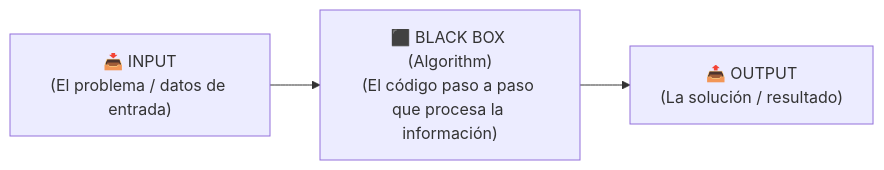
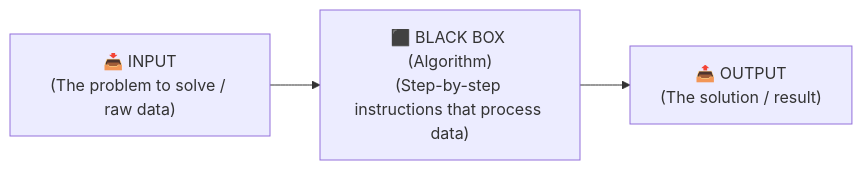
Before and after one commit to santiagoirala-777/CS50x-Course: the diagram in 00_Scratch/apuntes.md, drawn with Mermaid. The commit also changed other lines of this file and 1 other file, not shown here.

````diff
--- a/00_Scratch/apuntes.md
+++ b/00_Scratch/apuntes.md
@@ -122,5 +120,5 @@
 ```mermaid
 flowchart LR
-    IN["📥 INPUT<br/>(El problema / datos de entrada)"] --> BOX["⬛ BLACK BOX (Algorithm)<br/>(El código paso a paso que procesa la información)"]
-    BOX --> OUT["📤 OUTPUT<br/>(La solución / resultado)"]
+    IN["📥 INPUT<br/>(The problem to solve / raw data)"] --> BOX["⬛ BLACK BOX (Algorithm)<br/>(Step-by-step instructions that process data)"]
+    BOX --> OUT["📤 OUTPUT<br/>(The solution / result)"]
 ```
````
